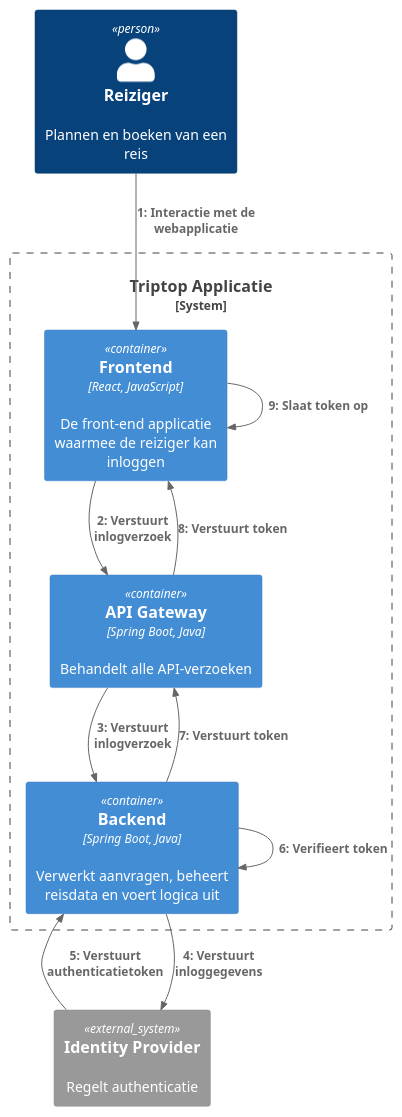
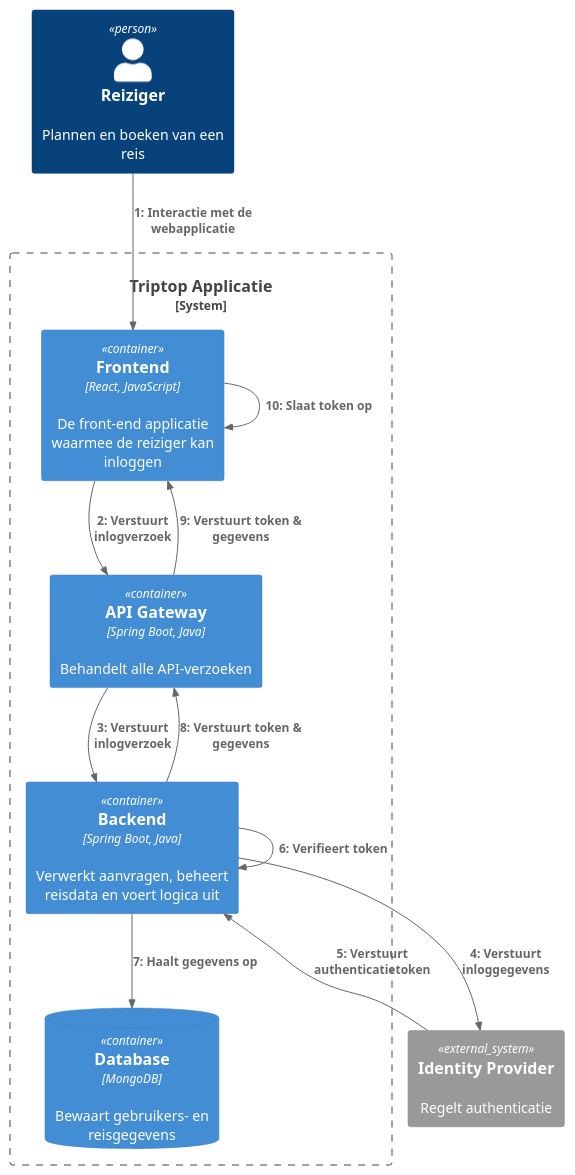
Before and after one commit to AIM-ENE-feb25/triptop-groep-3: the diagram in opdracht-diagrammen/C4 Container/Dynamic/C4 Container dynamic diagram Inloggen - Cas.puml, drawn with PlantUML.

Commit message:
Updated: C4 container 'inloggen'

```diff
--- a/opdracht-diagrammen/C4 Container/Dynamic/C4 Container dynamic diagram Inloggen - Cas.puml
+++ b/opdracht-diagrammen/C4 Container/Dynamic/C4 Container dynamic diagram Inloggen - Cas.puml
@@ -1,30 +1,33 @@
 @startuml
 !include https://raw.githubusercontent.com/plantuml-stdlib/C4-PlantUML/master/C4_Dynamic.puml
 
 LAYOUT_TOP_DOWN()
 
 Person(Traveler, "Reiziger", "Plannen en boeken van een reis")
 
 System_Boundary(s1, "Triptop Applicatie") {
     Container(Frontend, "Frontend", "React, JavaScript", "De front-end applicatie waarmee de reiziger kan inloggen")
     Container(Backend, "Backend", "Spring Boot, Java", "Verwerkt aanvragen, beheert reisdata en voert logica uit")
     Container(ApiGateway, "API Gateway", "Spring Boot, Java", "Behandelt alle API-verzoeken")
+    ContainerDb(Database, Database, MongoDB, Bewaart gebruikers- en reisgegevens)
 }
 
 System_Ext(IdentityProvider, "Identity Provider", "Regelt authenticatie")
 
 Rel(Traveler, Frontend, "Interactie met de webapplicatie")
 
 Rel(Frontend, ApiGateway, "Verstuurt inlogverzoek")
 Rel(ApiGateway, Backend, Verstuurt inlogverzoek)
 
 Rel(Backend, IdentityProvider, Verstuurt inloggegevens)
 Rel(IdentityProvider, Backend, "Verstuurt authenticatietoken")
 Rel(Backend, Backend, Verifieert token)
 
-Rel(Backend, ApiGateway, Verstuurt token)
-Rel(ApiGateway, Frontend, Verstuurt token)
+Rel(Backend, Database, "Haalt gegevens op")
+
+Rel(Backend, ApiGateway, Verstuurt token & gegevens)
+Rel(ApiGateway, Frontend, Verstuurt token & gegevens)
 Rel(Frontend, Frontend, Slaat token op)
 
 
 @enduml
```
